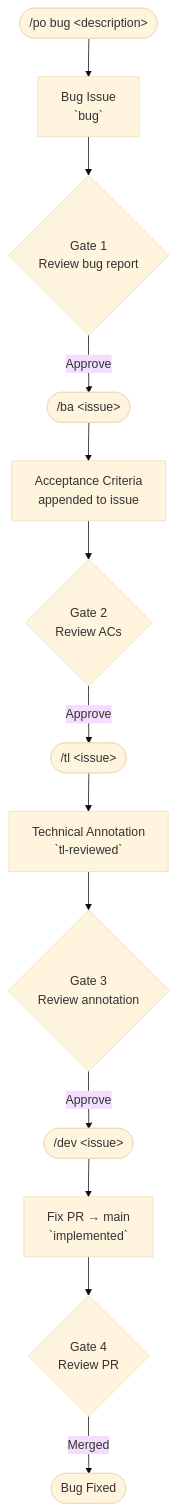
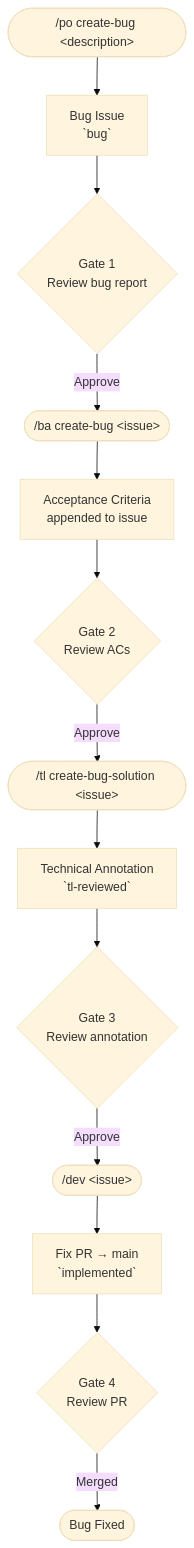
The second of 2 diagrams in README.md (simpscal/notism), drawn with Mermaid (base theme) before and after one commit. The commit also changed other lines of this file and 17 other files, not shown here.

````diff
--- a/README.md
+++ b/README.md
@@ -101,15 +101,15 @@
 ```mermaid
 flowchart TD
-    A(["/po bug &lt;description&gt;"]) --> B["Bug Issue<br/>`bug`"]
+    A(["/po create-bug &lt;description&gt;"]) --> B["Bug Issue<br/>`bug`"]
     B --> G1{Gate 1<br/>Review bug report}
-    G1 -->|Approve| C(["/ba &lt;issue&gt;"])
+    G1 -->|Approve| C(["/ba create-bug &lt;issue&gt;"])
     C --> D["Acceptance Criteria<br/>appended to issue"]
     D --> G2{Gate 2<br/>Review ACs}
-    G2 -->|Approve| E(["/tl &lt;issue&gt;"])
+    G2 -->|Approve| E(["/tl create-bug-solution &lt;issue&gt;"])
     E --> F["Technical Annotation<br/>`tl-reviewed`"]
     F --> G3{Gate 3<br/>Review annotation}
     G3 -->|Approve| H(["/dev &lt;issue&gt;"])
     H --> I["Fix PR → main<br/>`implemented`"]
     I --> G4{Gate 4<br/>Review PR}
     G4 -->|Merged| J([Bug Fixed])
 ```
````
